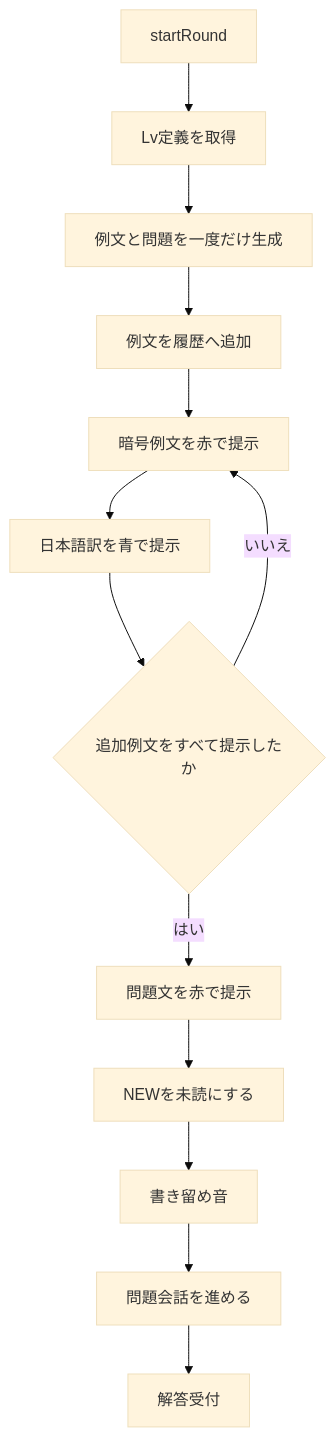
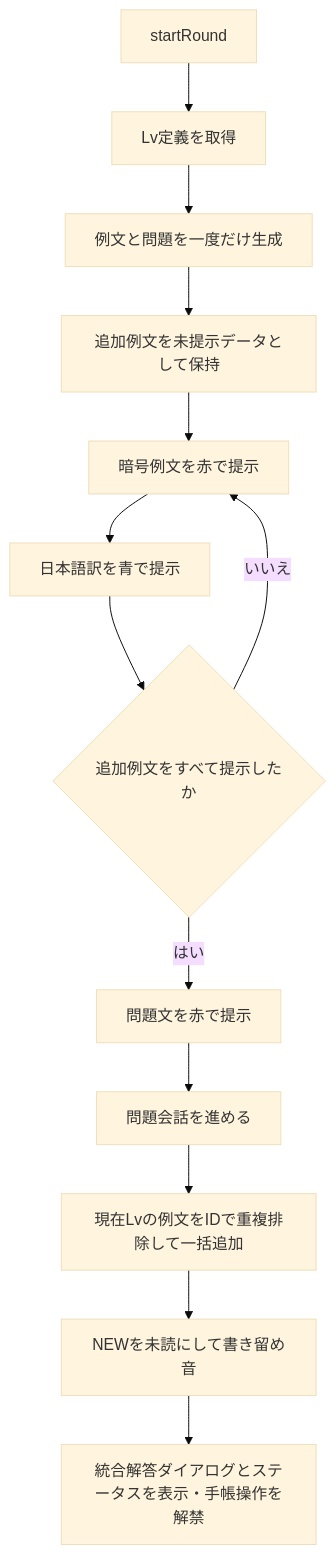
Before and after one commit to lycanthr0pes/language-deciphering-game: the fifth of 13 diagrams in docs/project-flow.md, drawn with Mermaid (base theme). The commit also changed other lines of this file and 40 other files, not shown here.

````diff
--- a/docs/project-flow.md
+++ b/docs/project-flow.md
@@ -109,15 +111,15 @@
 ```mermaid
 flowchart TD
     A[startRound] --> B[Lv定義を取得]
     B --> C[例文と問題を一度だけ生成]
-    C --> D[例文を履歴へ追加]
+    C --> D[追加例文を未提示データとして保持]
     D --> E[暗号例文を赤で提示]
     E --> F[日本語訳を青で提示]
     F --> G{追加例文をすべて提示したか}
     G -->|いいえ| E
     G -->|はい| H[問題文を赤で提示]
-    H --> I[NEWを未読にする]
-    I --> J[書き留め音]
-    J --> K[問題会話を進める]
-    K --> L[解答受付]
+    H --> I[問題会話を進める]
+    I --> J[現在Lvの例文をIDで重複排除して一括追加]
+    J --> K[NEWを未読にして書き留め音]
+    K --> L[統合解答ダイアログとステータスを表示・手帳操作を解禁]
 ```
````
